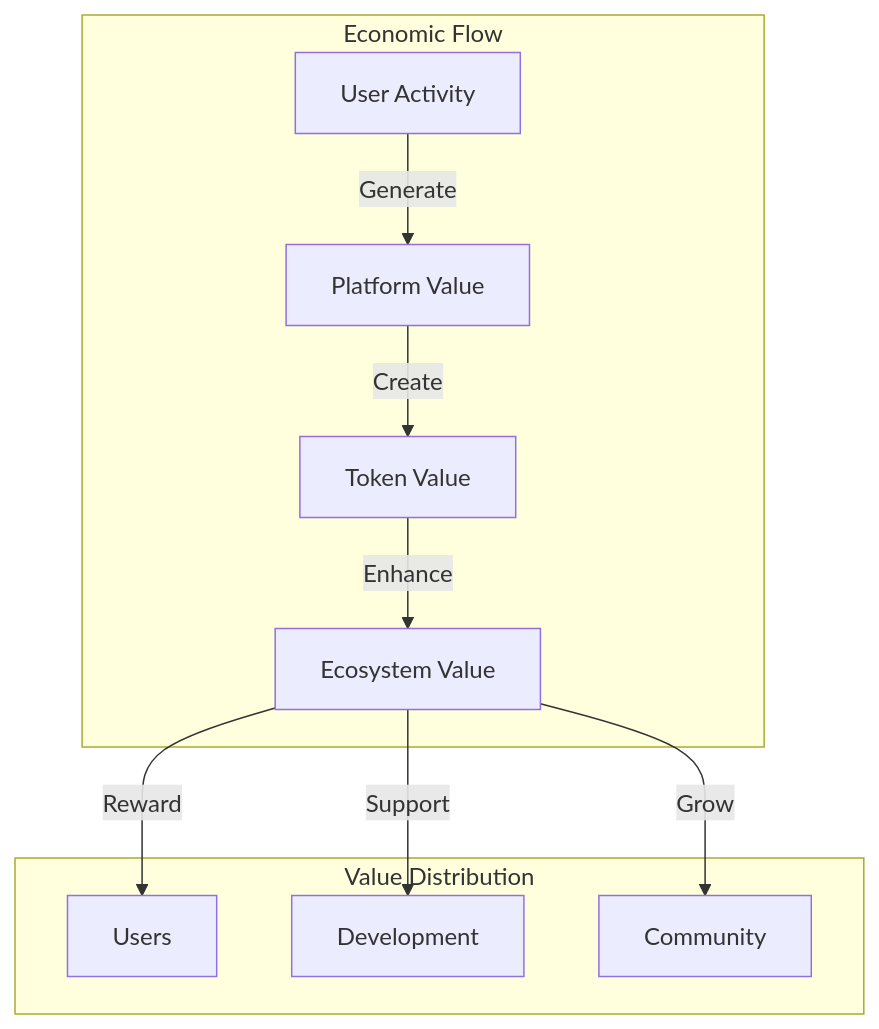
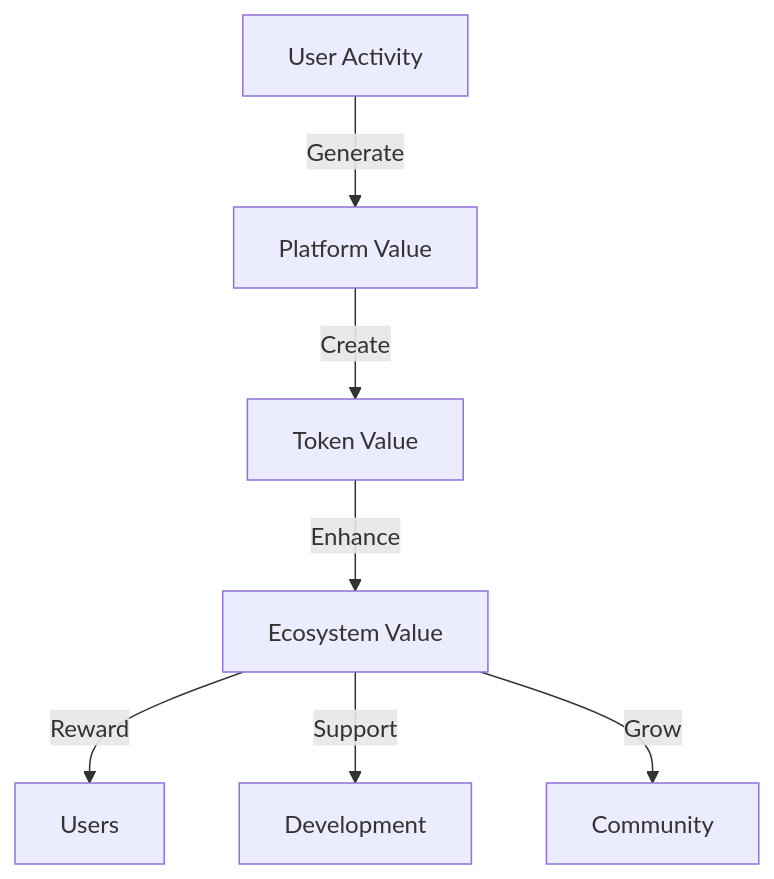
One commit to MEMEFANS/memefans changed diagram 16 of 18 in docs/whitepaper/community-ecosystem.md. Above: the diagram before and after it, drawn with Mermaid. The commit also changed other lines of this file, not shown here.

Commit message:
fix: simplify mermaid diagrams by removing subgraphs

````diff
--- a/docs/whitepaper/community-ecosystem.md
+++ b/docs/whitepaper/community-ecosystem.md
@@ -303,14 +269,10 @@
 ```mermaid
 graph TD
-    subgraph Economic Flow
-        UA[User Activity] -->|Generate| PV[Platform Value]
-        PV -->|Create| TV[Token Value]
-        TV -->|Enhance| EV[Ecosystem Value]
-    end
+    UA[User Activity] -->|Generate| PV[Platform Value]
+    PV -->|Create| TV[Token Value]
+    TV -->|Enhance| EV[Ecosystem Value]
     
-    subgraph Value Distribution
-        EV -->|Reward| U[Users]
-        EV -->|Support| D[Development]
-        EV -->|Grow| C[Community]
-    end
+    EV -->|Reward| U[Users]
+    EV -->|Support| D[Development]
+    EV -->|Grow| C[Community]
 ```
````
